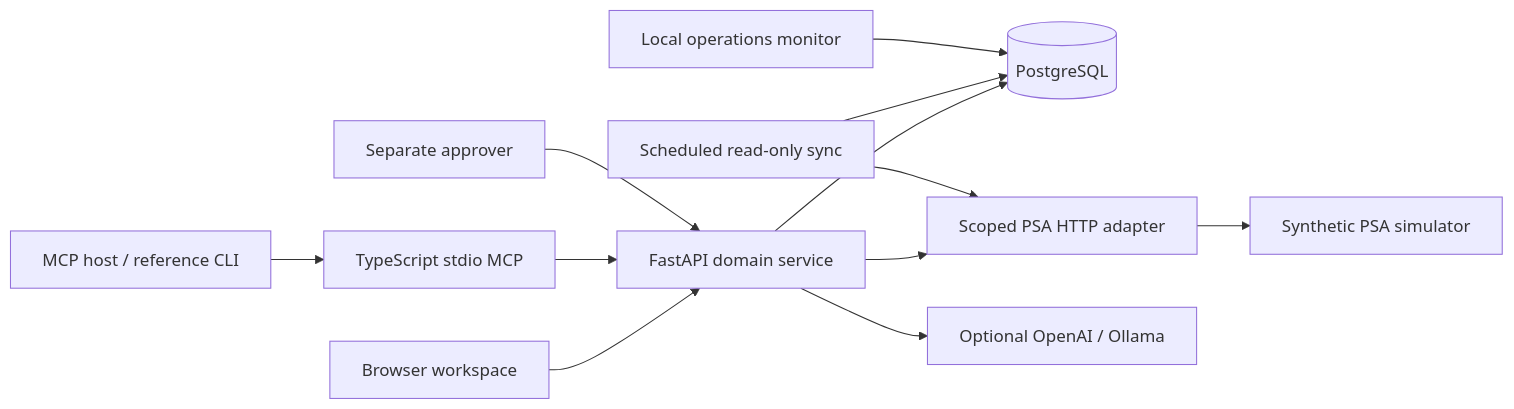
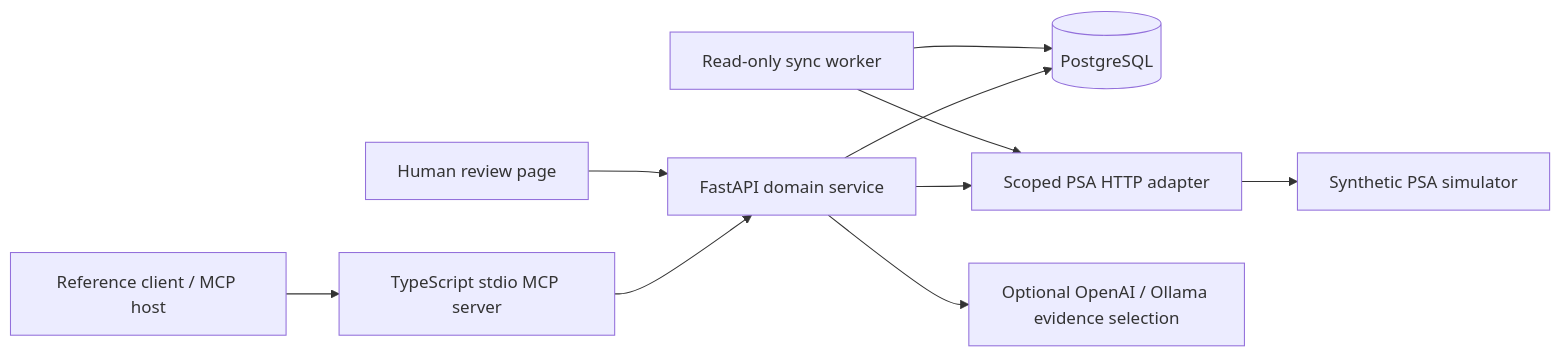
Before and after one commit to williamlo90/connectwise-service-operations-mcp: the diagram in README.md, drawn with Mermaid. The commit also changed other lines of this file and 35 other files, not shown here.

Commit message:
Make MCP the primary service-operations workflow

````diff
--- a/README.md
+++ b/README.md
@@ -86,14 +39,12 @@
 ```mermaid
 flowchart LR
-    Browser[Browser workspace] --> API[FastAPI domain service]
-    Host[MCP host / reference CLI] --> MCP[TypeScript stdio MCP]
-    MCP --> API
-    Reviewer[Separate approver] --> API
-    API --> DB[(PostgreSQL)]
-    API --> Adapter[Scoped PSA HTTP adapter]
-    Adapter --> PSA[Synthetic PSA simulator]
-    API --> AI[Optional OpenAI / Ollama]
-    Worker[Scheduled read-only sync] --> Adapter
-    Worker --> DB
-    Monitor[Local operations monitor] --> DB
+  Host[Reference client / MCP host] --> MCP[TypeScript stdio MCP server]
+  MCP --> API[FastAPI domain service]
+  Reviewer[Human review page] --> API
+  API --> DB[(PostgreSQL)]
+  API --> Adapter[Scoped PSA HTTP adapter]
+  Adapter --> Simulator[Synthetic PSA simulator]
+  Worker[Read-only sync worker] --> Adapter
+  Worker --> DB
+  API --> AI[Optional OpenAI / Ollama evidence selection]
 ```
````
